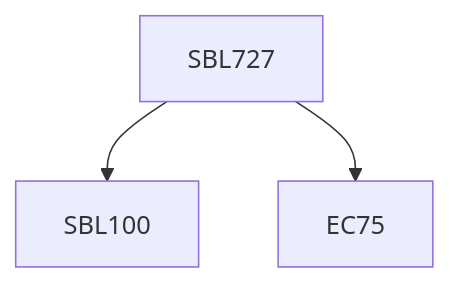
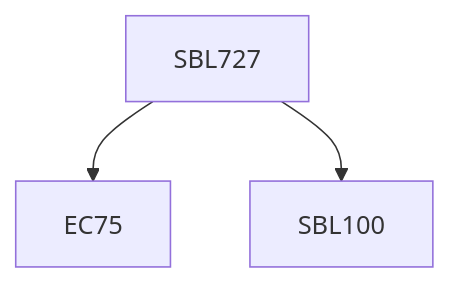
One commit to KeshavBansal0122/CoS_Website changed the diagram in content/Biological Sciences/SBL727.md. Above: the diagram before and after it, drawn with Mermaid. The commit also changed other lines of this file and 392 other files, not shown here.

````diff
--- a/content/Biological Sciences/SBL727.md
+++ b/content/Biological Sciences/SBL727.md
@@ -13,9 +13,9 @@
 ```mermaid
 flowchart TD
 SBL727-1538[SBL727]
+SBL727-1538 --> EC75-1538[EC75]
 SBL727-1538 --> SBL100-1538[SBL100]
-SBL727-1538 --> EC75-1538[EC75]
 
 classDef empty height:17px, fill:transparent, stroke:transparent;
 classDef trueEmpty height:0px, width:0px;
 ```
````
